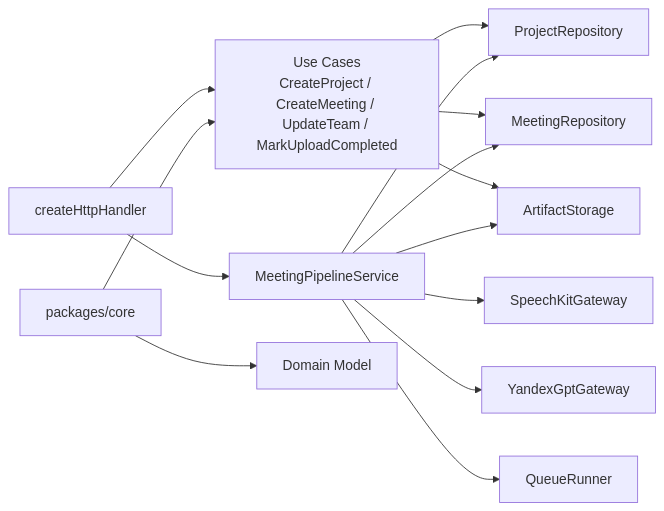
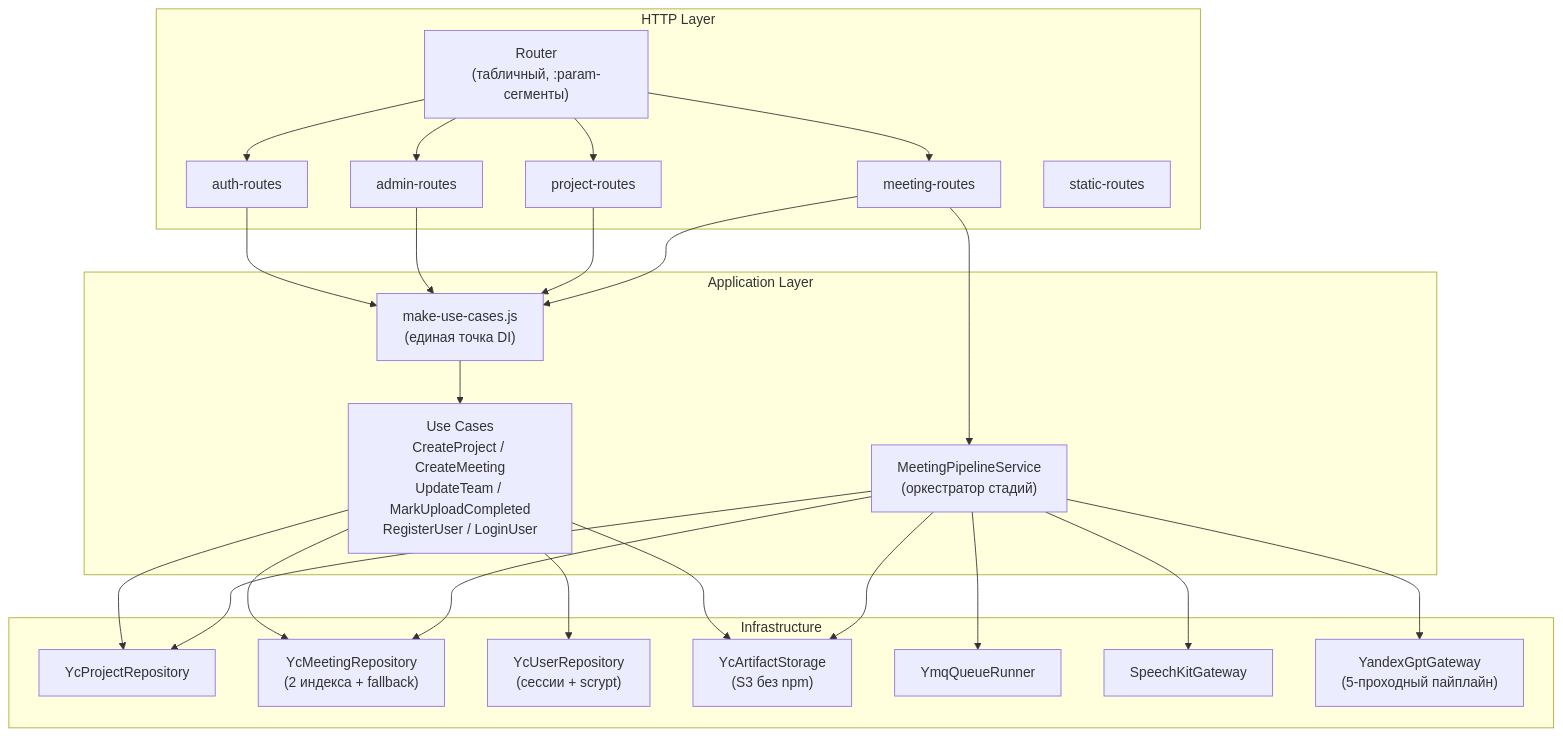
One commit to Gumbatali/YaSpeech-Public changed the diagram in docs/project-handbook/03-solution-architecture/c4-component.md. Above: the diagram before and after it, drawn with Mermaid. The commit also changed other lines of this file and 35 other files, not shown here.

````diff
--- a/docs/project-handbook/03-solution-architecture/c4-component.md
+++ b/docs/project-handbook/03-solution-architecture/c4-component.md
@@ -5,19 +5,52 @@
 ```mermaid
-flowchart LR
-  Http["createHttpHandler"] --> UseCases["Use Cases<br/>CreateProject / CreateMeeting / UpdateTeam / MarkUploadCompleted"]
-  Http --> Pipeline["MeetingPipelineService"]
+flowchart TD
+  subgraph HTTP ["HTTP Layer"]
+    Router["Router\n(табличный, :param-сегменты)"]
+    AuthRoutes["auth-routes"]
+    AdminRoutes["admin-routes"]
+    ProjectRoutes["project-routes"]
+    MeetingRoutes["meeting-routes"]
+    StaticRoutes["static-routes"]
+  end
 
-  UseCases --> ProjectRepo["ProjectRepository"]
-  UseCases --> MeetingRepo["MeetingRepository"]
-  UseCases --> Storage["ArtifactStorage"]
+  subgraph App ["Application Layer"]
+    MakeUseCases["make-use-cases.js\n(единая точка DI)"]
+    UseCases["Use Cases\nCreateProject / CreateMeeting\nUpdateTeam / MarkUploadCompleted\nRegisterUser / LoginUser"]
+    Pipeline["MeetingPipelineService\n(оркестратор стадий)"]
+  end
+
+  subgraph Infra ["Infrastructure"]
+    ProjectRepo["YcProjectRepository"]
+    MeetingRepo["YcMeetingRepository\n(2 индекса + fallback)"]
+    UserRepo["YcUserRepository\n(сессии + scrypt)"]
+    Storage["YcArtifactStorage\n(S3 без npm)"]
+    Queue["YmqQueueRunner"]
+    SpeechGateway["SpeechKitGateway"]
+    AiGateway["YandexGptGateway\n(5-проходный пайплайн)"]
+  end
+
+  Router --> AuthRoutes
+  Router --> AdminRoutes
+  Router --> ProjectRoutes
+  Router --> MeetingRoutes
+
+  AuthRoutes --> MakeUseCases
+  AdminRoutes --> MakeUseCases
+  ProjectRoutes --> MakeUseCases
+  MeetingRoutes --> MakeUseCases
+  MeetingRoutes --> Pipeline
+
+  MakeUseCases --> UseCases
+
+  UseCases --> ProjectRepo
+  UseCases --> MeetingRepo
+  UseCases --> UserRepo
+  UseCases --> Storage
 
   Pipeline --> MeetingRepo
   Pipeline --> ProjectRepo
   Pipeline --> Storage
-  Pipeline --> SpeechGateway["SpeechKitGateway"]
-  Pipeline --> AiGateway["YandexGptGateway"]
-  Pipeline --> Queue["QueueRunner"]
-
-  Core["packages/core"] --> UseCases
-  Core --> Domain["Domain Model"]
+  Pipeline --> SpeechGateway
+  Pipeline --> AiGateway
+  Pipeline --> Queue
 ```
````
